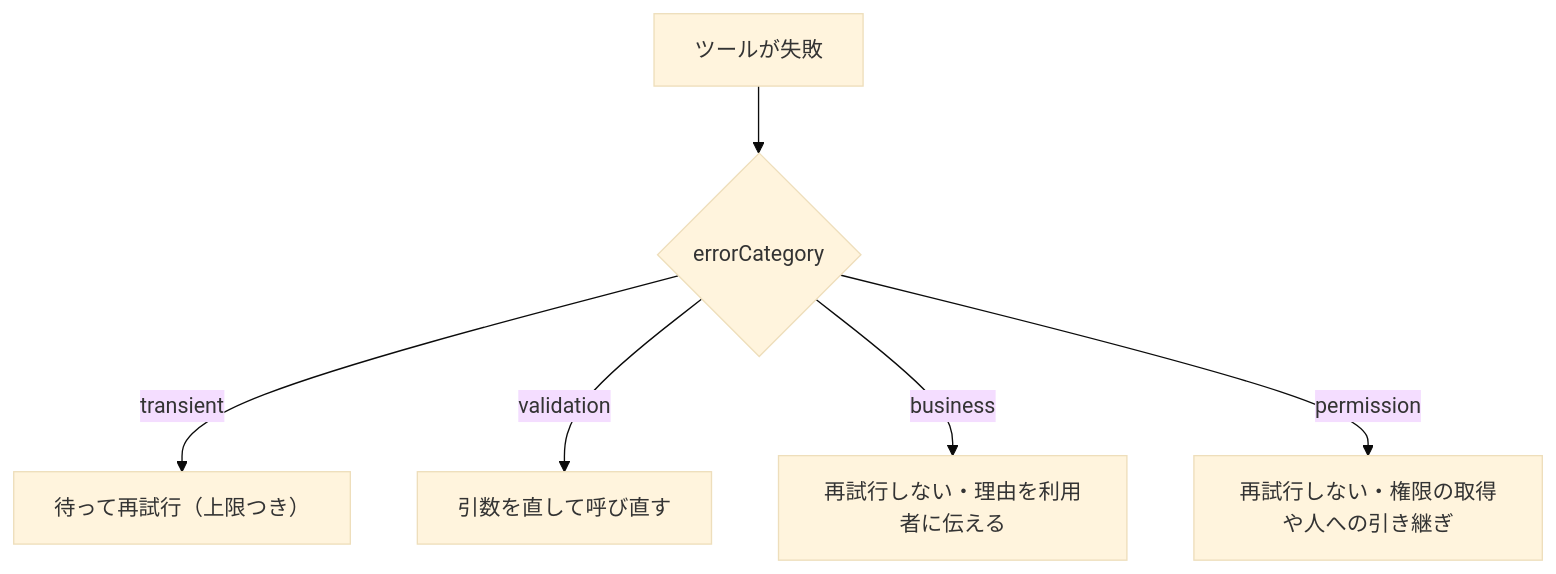
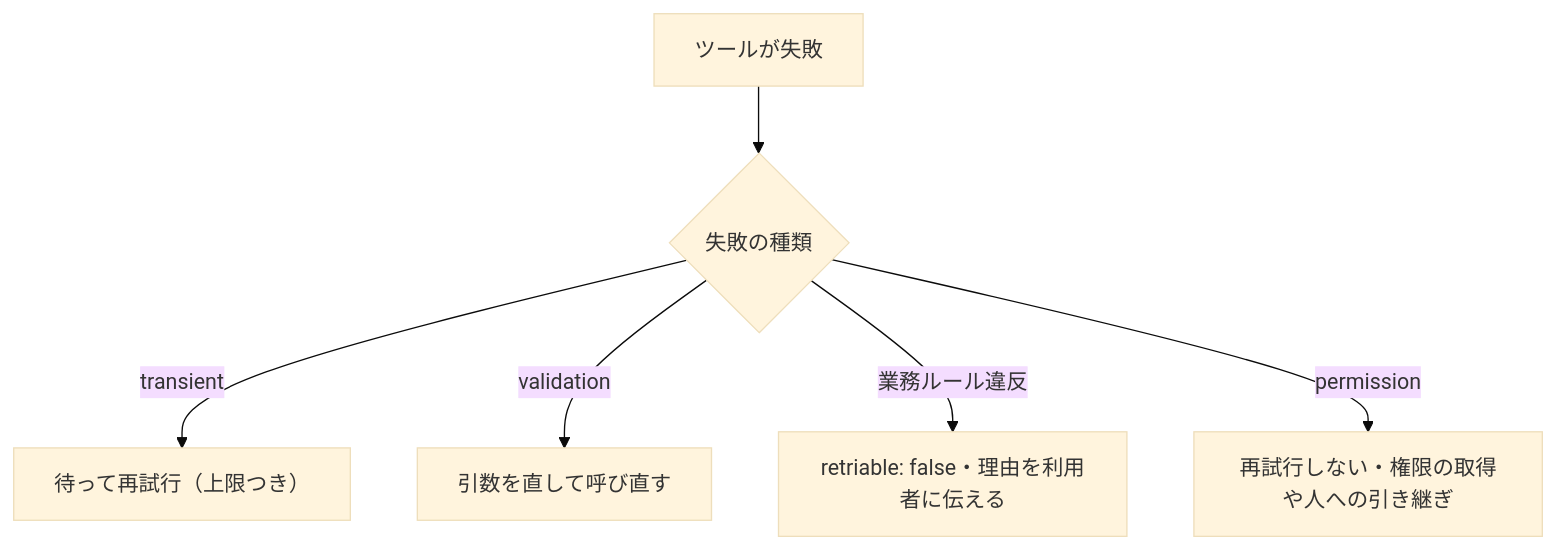
Before and after one commit to yuya-take/yuya-exam-notes: the diagram in ccaf/notes/02-tool-design-mcp/mcp-structured-errors.md, drawn with Mermaid (base theme). The commit also changed other lines of this file, not shown here.

````diff
--- a/ccaf/notes/02-tool-design-mcp/mcp-structured-errors.md
+++ b/ccaf/notes/02-tool-design-mcp/mcp-structured-errors.md
@@ -19,8 +19,8 @@
 ```mermaid
 flowchart TD
-  A[ツールが失敗] --> B{errorCategory}
+  A[ツールが失敗] --> B{失敗の種類}
   B -- transient --> C[待って再試行（上限つき）]
   B -- validation --> D[引数を直して呼び直す]
-  B -- business --> E[再試行しない・理由を利用者に伝える]
+  B -- 業務ルール違反 --> E[retriable: false・理由を利用者に伝える]
   B -- permission --> F[再試行しない・権限の取得や人への引き継ぎ]
 ```
````
